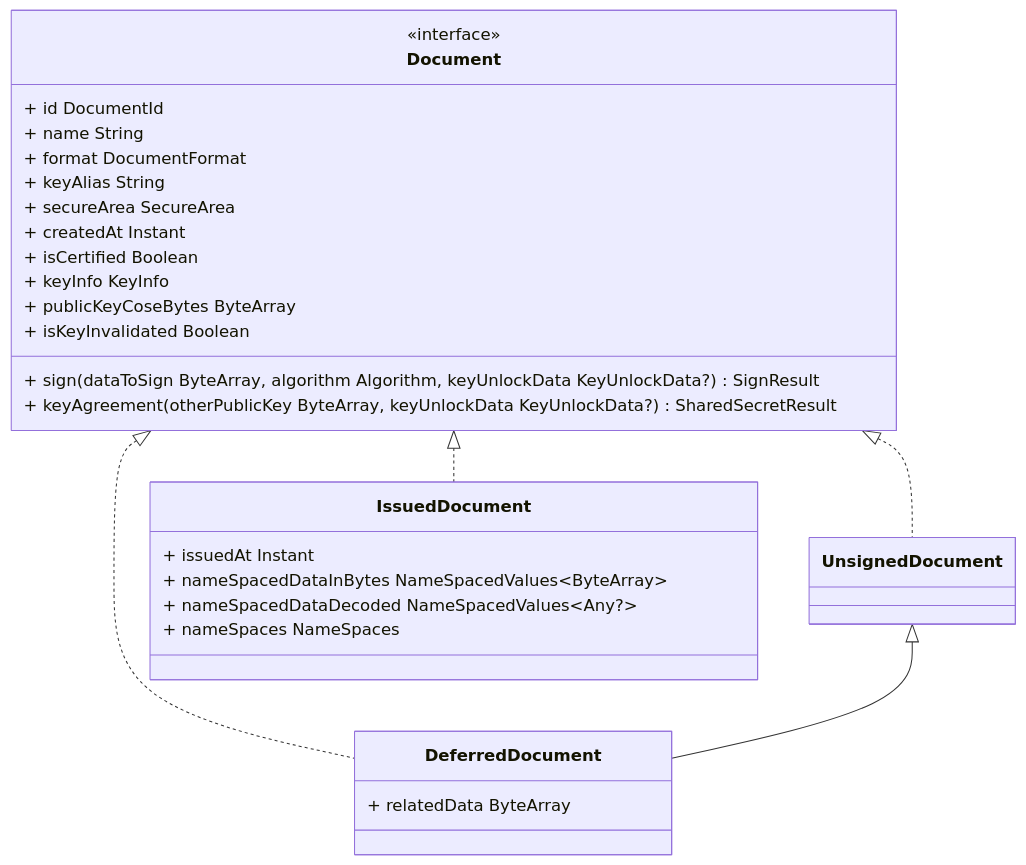
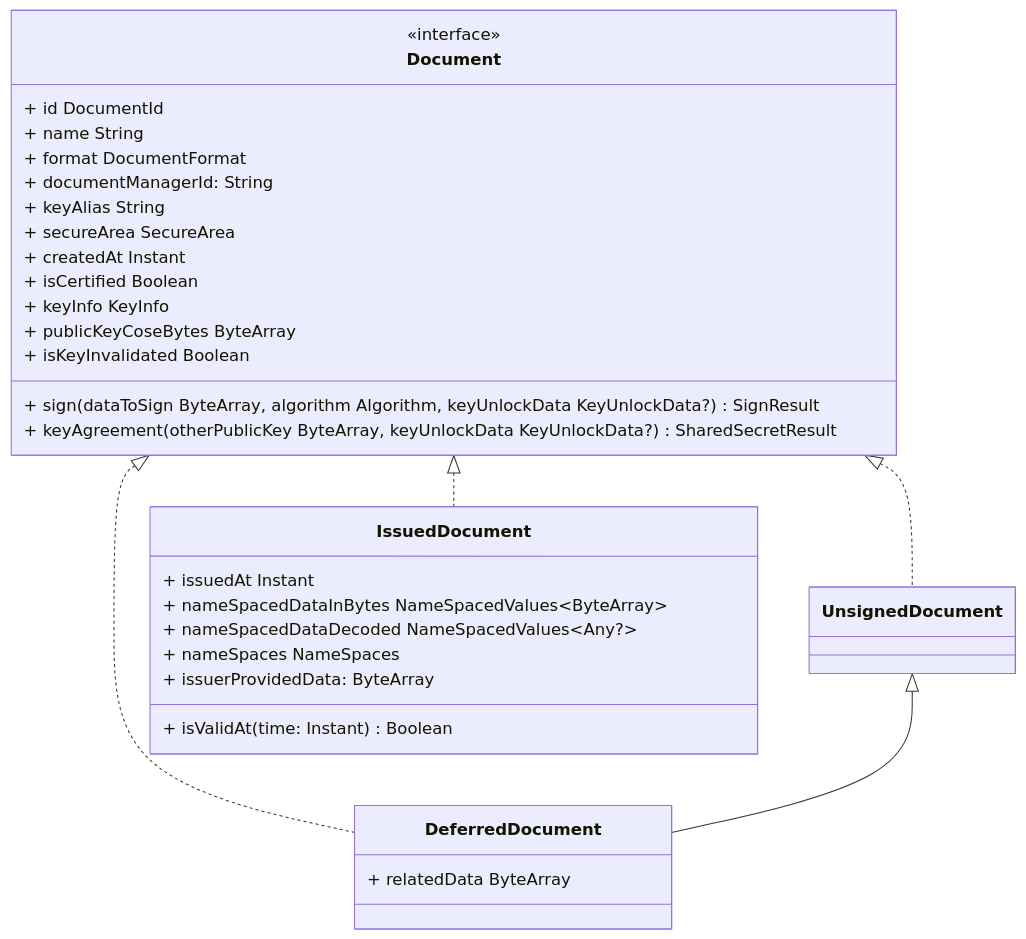
The diagram in README.md (eu-digital-identity-wallet/eudi-lib-android-wallet-document-manager), drawn with Mermaid before and after one commit. The commit also changed other lines of this file and 36 other files, not shown here.

Commit message:
Refactor DocumentManagerImpl to support multiple SecureAreas through the SecureAreaRepository

````diff
--- a/README.md
+++ b/README.md
@@ -135,32 +135,37 @@
 ```mermaid
 classDiagram
     Document <|.. UnsignedDocument
     Document <|.. DeferredDocument
     UnsignedDocument <|-- DeferredDocument
     Document <|.. IssuedDocument
     class Document {
         <<interface>>
         + id DocumentId
         + name String
         + format DocumentFormat
+      + documentManagerId: String
         + keyAlias String
         + secureArea SecureArea
         + createdAt Instant
         + isCertified Boolean
         + keyInfo KeyInfo
         + publicKeyCoseBytes ByteArray
         + isKeyInvalidated Boolean
         + sign(dataToSign ByteArray, algorithm Algorithm, keyUnlockData KeyUnlockData?) SignResult
         + keyAgreement(otherPublicKey ByteArray, keyUnlockData KeyUnlockData?) SharedSecretResult
     }
   class UnsignedDocument
-    class DeferredDocument {
-      + relatedData ByteArray
-    }
-    class IssuedDocument {
+
+  class DeferredDocument {
+    + relatedData ByteArray
+  }
+
+  class IssuedDocument {
       + issuedAt Instant
       + nameSpacedDataInBytes NameSpacedValues~ByteArray~
-        + nameSpacedDataDecoded NameSpacedValues~Any?~
-        + nameSpaces NameSpaces
+    + nameSpacedDataDecoded NameSpacedValues~Any?~
+    + nameSpaces NameSpaces
+    + issuerProvidedData: ByteArray
+    + isValidAt(time: Instant) Boolean
     }
 ```
````
